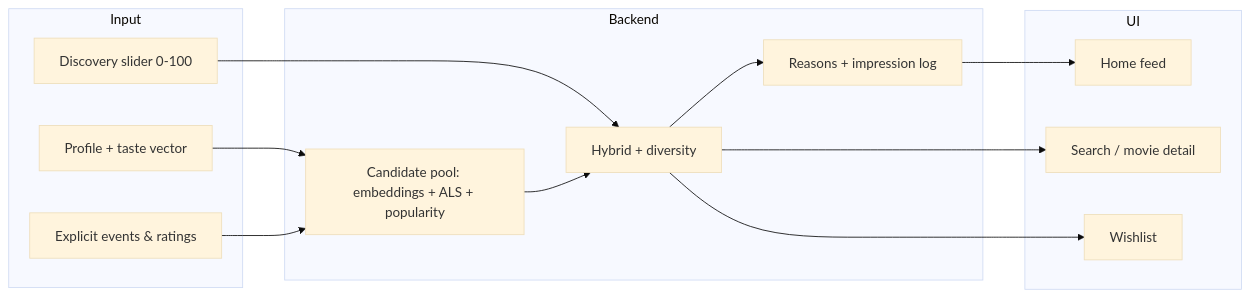
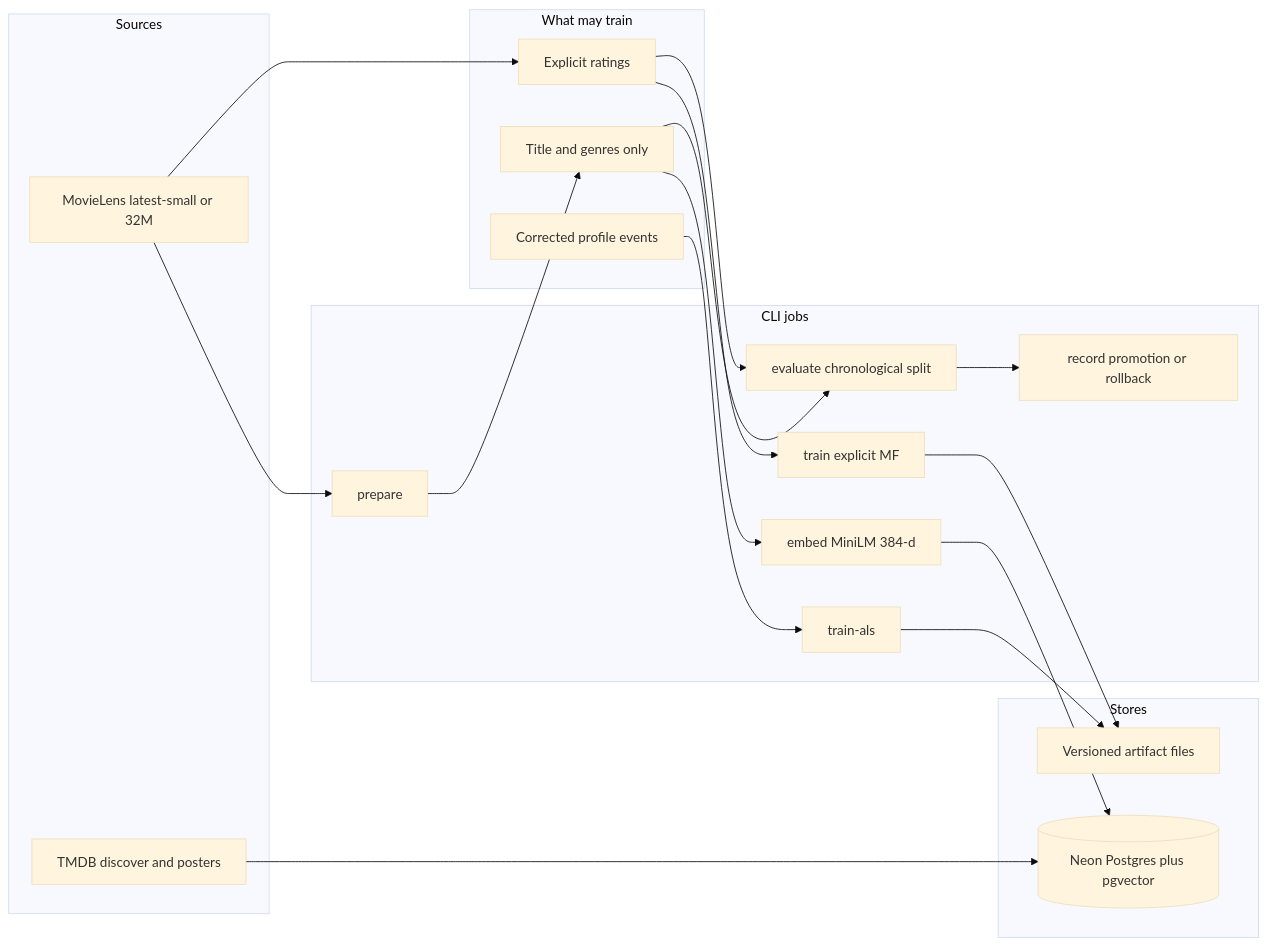
One commit to Geethika2506/AI-movie-recommenation-system changed the third of 8 diagrams in README.md. Above: the diagram before and after it, drawn with Mermaid (base theme). The commit also changed other lines of this file and 11 other files, not shown here.

````diff
--- a/README.md
+++ b/README.md
@@ -165,24 +386,34 @@
 ```mermaid
 flowchart LR
-  subgraph Input
-    P[Profile + taste vector]
-    E[Explicit events & ratings]
-    S[Discovery slider 0-100]
+  subgraph sources [Sources]
+    ml[MovieLens latest-small or 32M]
+    tmdb[TMDB discover and posters]
   end
-  subgraph Backend
-    C[Candidate pool: embeddings + ALS + popularity]
-    H[Hybrid + diversity]
-    R[Reasons + impression log]
+  subgraph eligible [What may train]
+    text[Title and genres only]
+    ratings[Explicit ratings]
+    events[Corrected profile events]
   end
-  subgraph UI
-    Hm[Home feed]
-    Sr[Search / movie detail]
-    Wl[Wishlist]
+  subgraph jobs [CLI jobs]
+    prepare[prepare]
+    embed[embed MiniLM 384-d]
+    train[train explicit MF]
+    als[train-als]
+    evaluate[evaluate chronological split]
+    promote[record promotion or rollback]
   end
-  P --> C
-  E --> C
-  S --> H
-  C --> H --> R --> Hm
-  H --> Sr
-  H --> Wl
+  subgraph stores [Stores]
+    neon[(Neon Postgres plus pgvector)]
+    artifacts[Versioned artifact files]
+  end
+  ml --> prepare --> text
+  ml --> ratings
+  events --> als
+  text --> embed --> neon
+  ratings --> train --> artifacts
+  ratings --> evaluate
+  text --> evaluate
+  als --> artifacts
+  evaluate --> promote
+  tmdb --> neon
 ```
````
